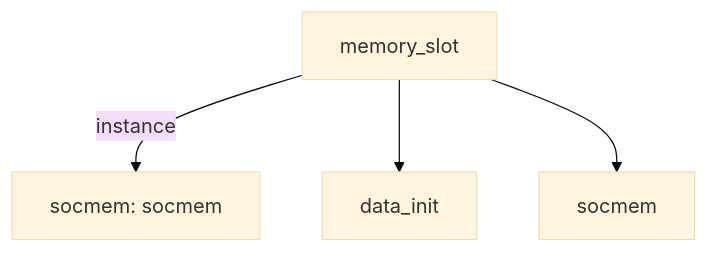
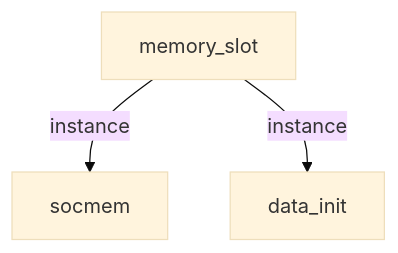
Before and after one commit to qcjjsyx/LX-Agent-main: the diagram in LX-Agent-main/docs/manuals/arm_soc_top_generated_modules/memory_slot.md, drawn with Mermaid (base theme). The commit also changed other lines of this file and 1487 other files, not shown here.

````diff
--- a/LX-Agent-main/docs/manuals/arm_soc_top_generated_modules/memory_slot.md
+++ b/LX-Agent-main/docs/manuals/arm_soc_top_generated_modules/memory_slot.md
@@ -17,6 +17,5 @@
 ```mermaid
 flowchart TB
-  memory_slot["memory_slot"] -->|instance| socmem_socmem["socmem: socmem"]
-  memory_slot["memory_slot"] --> data_init["data_init"]
-  memory_slot["memory_slot"] --> socmem["socmem"]
+  memory_slot -->|instance| socmem["socmem"]
+  memory_slot -->|instance| data_init["data_init"]
 ```
````
